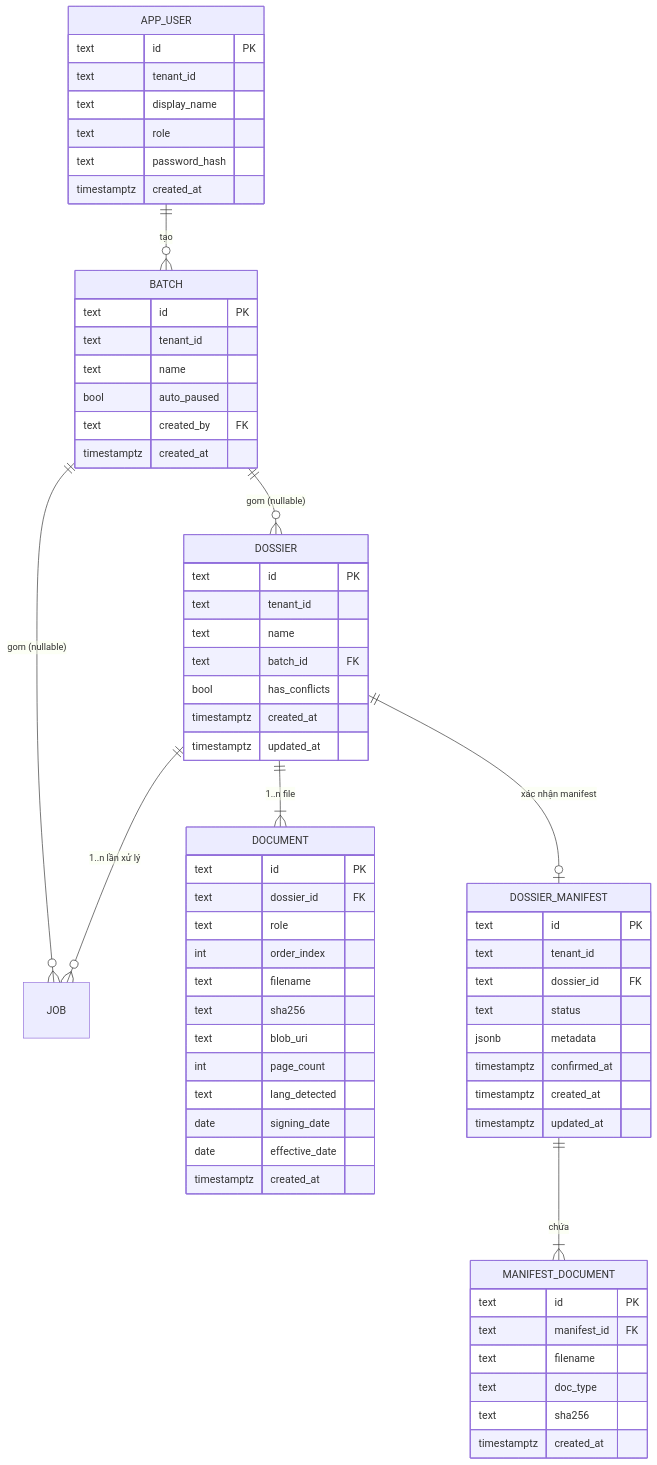
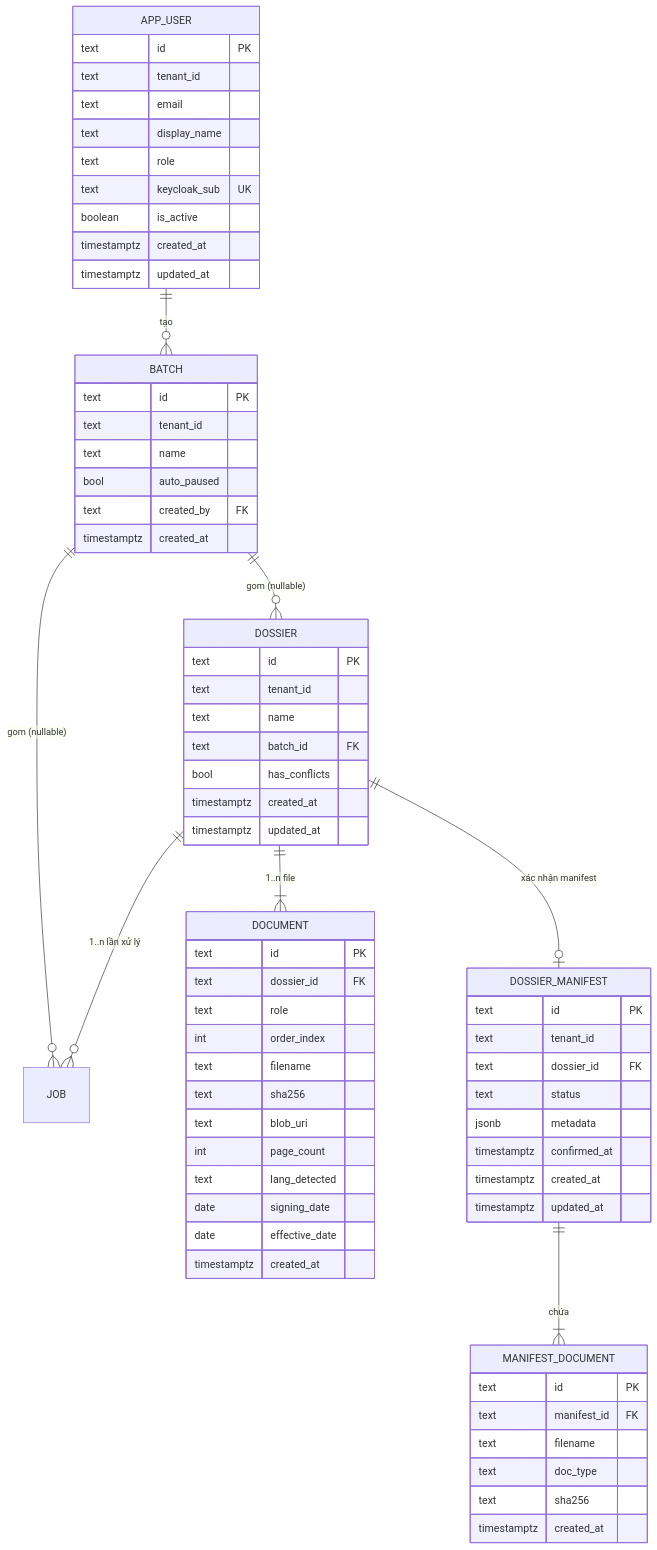
One commit to AI20K-VGR/contract-intelligence-core changed the second of 10 diagrams in docs/DOC-04c-database-erd.md. Above: the diagram before and after it, drawn with Mermaid. The commit also changed other lines of this file and 35 other files, not shown here.

````diff
--- a/docs/DOC-04c-database-erd.md
+++ b/docs/DOC-04c-database-erd.md
@@ -193,68 +193,71 @@
 ```mermaid
 erDiagram
     APP_USER ||--o{ BATCH : "tạo"
     BATCH ||--o{ DOSSIER : "gom (nullable)"
     BATCH ||--o{ JOB : "gom (nullable)"
     DOSSIER ||--|{ DOCUMENT : "1..n file"
     DOSSIER ||--o| DOSSIER_MANIFEST : "xác nhận manifest"
     DOSSIER_MANIFEST ||--|{ MANIFEST_DOCUMENT : "chứa"
     DOSSIER ||--o{ JOB : "1..n lần xử lý"
 
     APP_USER {
         text id PK
         text tenant_id
+        text email
         text display_name
         text role
-        text password_hash
+        text keycloak_sub UK
+        boolean is_active
         timestamptz created_at
+        timestamptz updated_at
     }
     BATCH {
         text id PK
         text tenant_id
         text name
         bool auto_paused
         text created_by FK
         timestamptz created_at
     }
     DOSSIER {
         text id PK
         text tenant_id
         text name
         text batch_id FK
         bool has_conflicts
         timestamptz created_at
         timestamptz updated_at
     }
     DOCUMENT {
         text id PK
         text dossier_id FK
         text role
         int order_index
         text filename
         text sha256
         text blob_uri
         int page_count
         text lang_detected
         date signing_date
         date effective_date
         timestamptz created_at
     }
     DOSSIER_MANIFEST {
         text id PK
         text tenant_id
         text dossier_id FK
         text status
         jsonb metadata
         timestamptz confirmed_at
         timestamptz created_at
         timestamptz updated_at
     }
     MANIFEST_DOCUMENT {
         text id PK
         text manifest_id FK
         text filename
         text doc_type
         text sha256
         timestamptz created_at
     }
 ```
````
